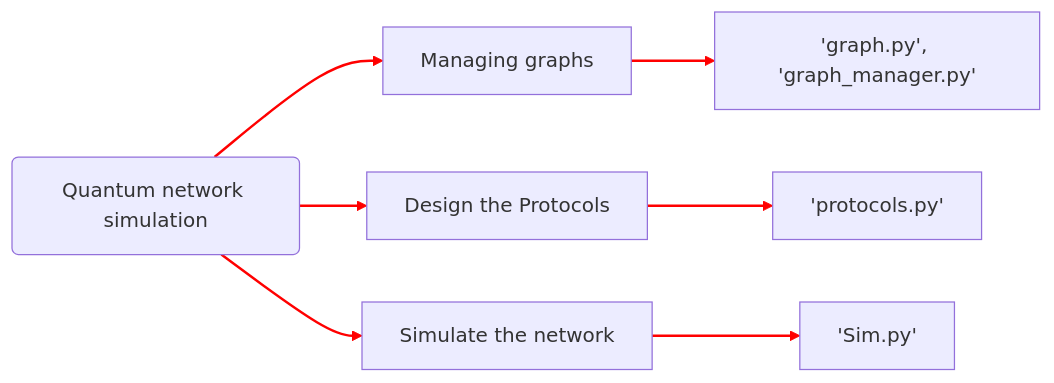
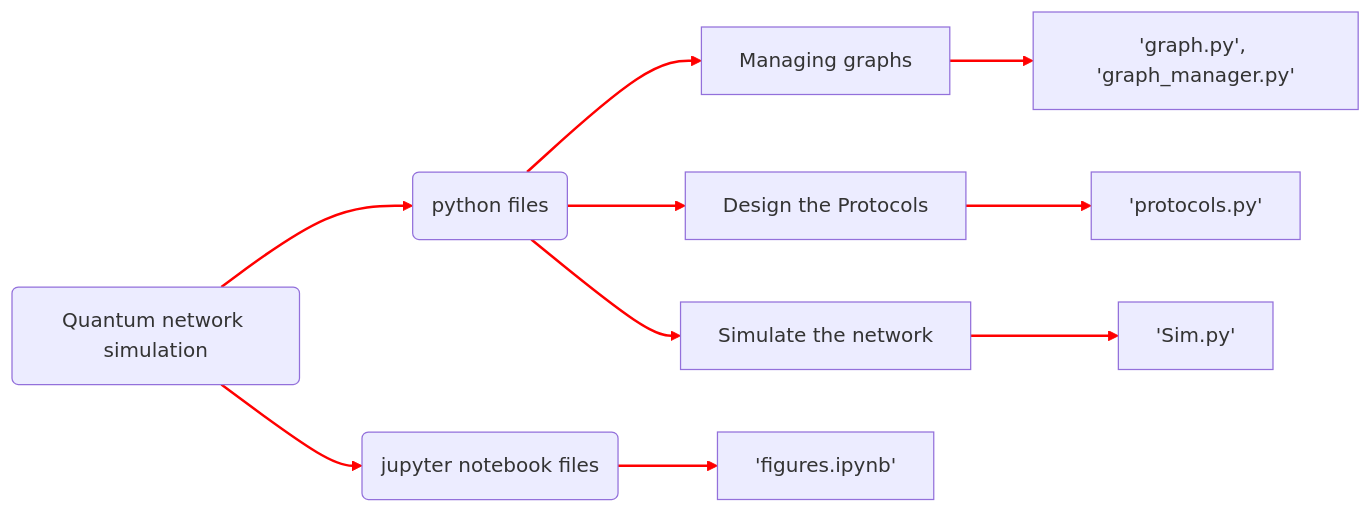
One commit to aoa1213/process-update changed the diagram in README.md. Above: the diagram before and after it, drawn with Mermaid. The commit also changed 2 other files, not shown here.

````diff
--- a/README.md
+++ b/README.md
@@ -19,12 +19,17 @@
 ```mermaid
 flowchart LR
-    Start(Quantum network simulation) --> catogory1[Managing graphs]
+    start3(Quantum network simulation) --> Start1(python files)
+    start3 --> Start2(jupyter notebook files)
+    Start1(python files) --> catogory1[Managing graphs]
     catogory1--> file1['graph.py', 'graph_manager.py']
 
-    Start(Quantum network simulation) --> catogory2[Design the Protocols]
+    Start1(python files) --> catogory2[Design the Protocols]
     catogory2--> file2['protocols.py']
     
-    Start(Quantum network simulation) --> catogory3[Simulate the network]
-    catogory3[Simulate the network] --> file3['Sim.py']
+    Start1(python files) --> catogory3[Simulate the network]
+    catogory3 --> file3['Sim.py']
+
+    Start2(jupyter notebook files) --> file4[ 'figures.ipynb']
+
     linkStyle default stroke:#ff0000,stroke-width:2px;
 ```
````
